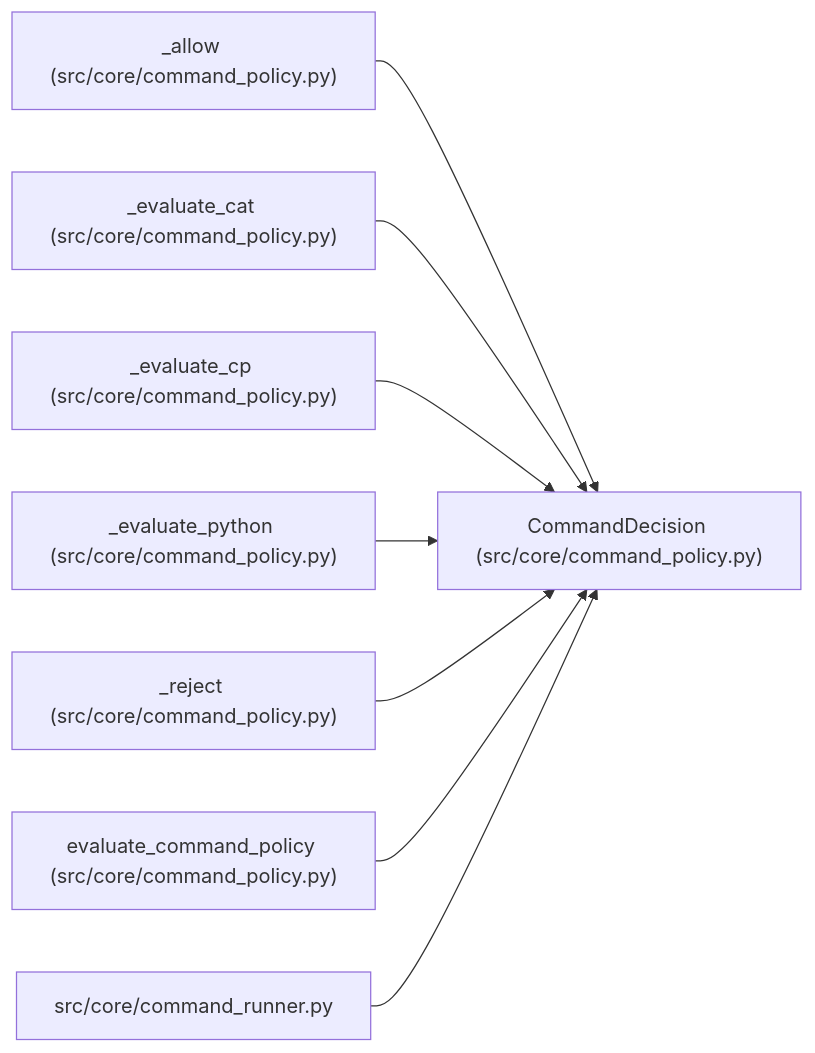
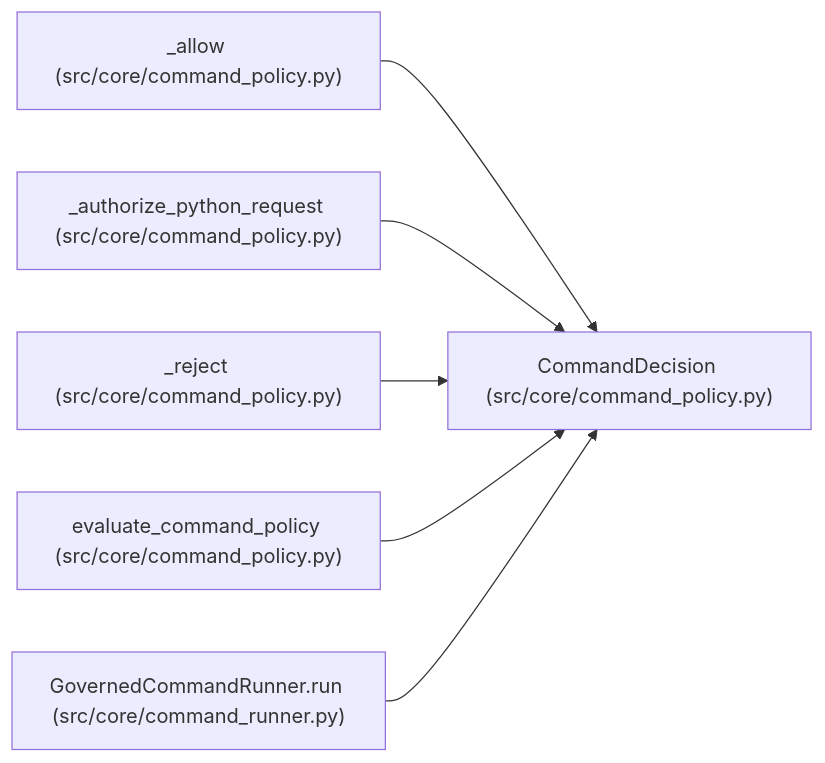
The diagram in docs/llm_wiki/entities/CommandDecision.md (Denissvgn/autoresearch-agent), drawn with Mermaid before and after one commit. The commit also changed other lines of this file and 41 other files, not shown here.

````diff
--- a/docs/llm_wiki/entities/CommandDecision.md
+++ b/docs/llm_wiki/entities/CommandDecision.md
@@ -32,26 +33,20 @@
 ```mermaid
 flowchart LR
     n0["CommandDecision (src/core/command_policy.py)"]
     n1["_allow (src/core/command_policy.py)"]
-    n2["_evaluate_cat (src/core/command_policy.py)"]
-    n3["_evaluate_cp (src/core/command_policy.py)"]
-    n4["_evaluate_python (src/core/command_policy.py)"]
-    n5["_reject (src/core/command_policy.py)"]
-    n6["evaluate_command_policy (src/core/command_policy.py)"]
-    n7["src/core/command_runner.py"]
+    n2["_authorize_python_request (src/core/command_policy.py)"]
+    n3["_reject (src/core/command_policy.py)"]
+    n4["evaluate_command_policy (src/core/command_policy.py)"]
+    n5["GovernedCommandRunner.run (src/core/command_runner.py)"]
     n1 --> n0
     n2 --> n0
     n3 --> n0
     n4 --> n0
     n5 --> n0
-    n6 --> n0
-    n7 --> n0
     click n0 "../modules/command_policy.md"
     click n1 "../modules/command_policy.md"
     click n2 "../modules/command_policy.md"
     click n3 "../modules/command_policy.md"
     click n4 "../modules/command_policy.md"
-    click n5 "../modules/command_policy.md"
-    click n6 "../modules/command_policy.md"
-    click n7 "../modules/command_runner.md"
+    click n5 "../modules/command_runner.md"
 ```
````
